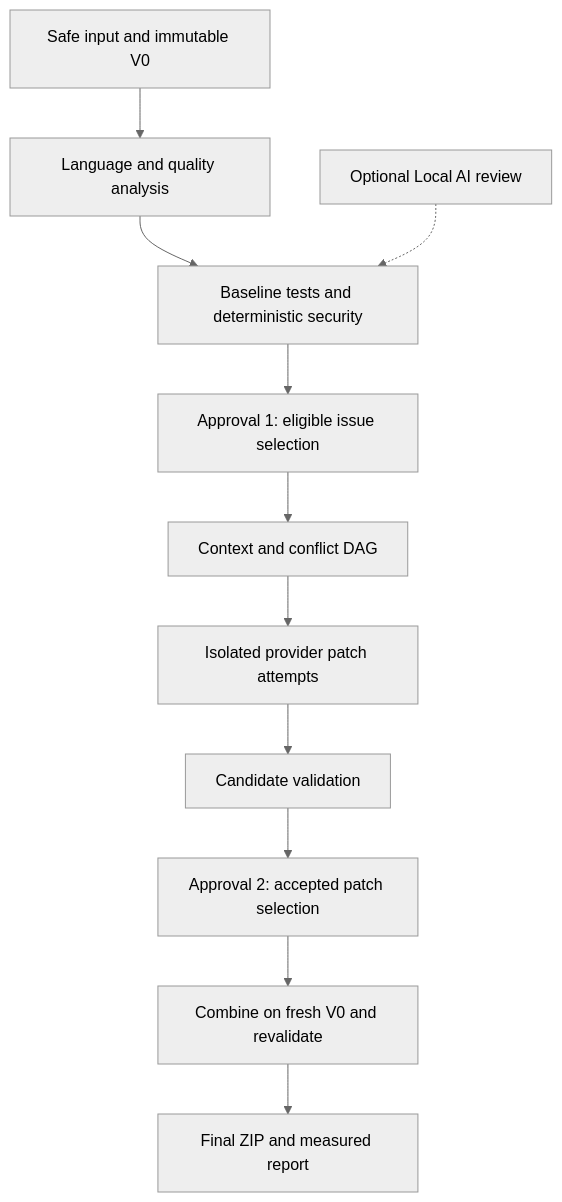
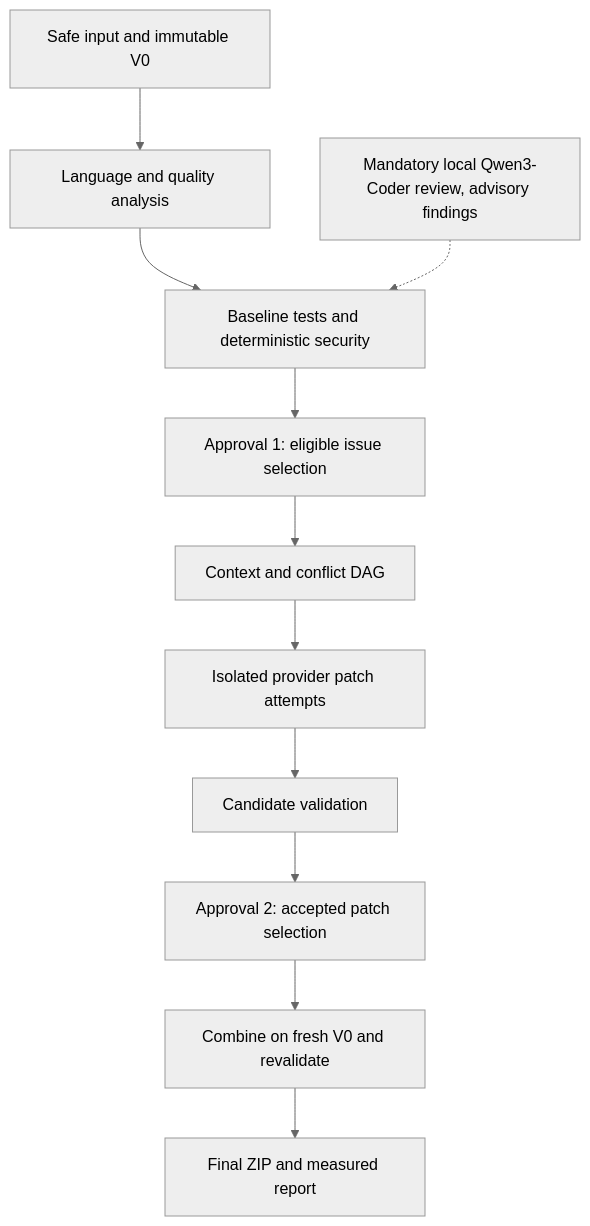
One commit to refactoring-ai-code/refactoring-ai-generated-code changed the diagram in docs/ARCHITECTURE.md. Above: the diagram before and after it, drawn with Mermaid (neutral theme). The commit also changed other lines of this file and 21 other files, not shown here.

````diff
--- a/docs/ARCHITECTURE.md
+++ b/docs/ARCHITECTURE.md
@@ -17,13 +17,13 @@
 ```mermaid
 flowchart TD
   A[Safe input and immutable V0] --> B[Language and quality analysis]
   B --> C[Baseline tests and deterministic security]
   C --> D[Approval 1: eligible issue selection]
   D --> E[Context and conflict DAG]
   E --> F[Isolated provider patch attempts]
   F --> G[Candidate validation]
   G --> H[Approval 2: accepted patch selection]
   H --> I[Combine on fresh V0 and revalidate]
   I --> J[Final ZIP and measured report]
-  K[Optional Local AI review] -.-> C
+  K[Mandatory local Qwen3-Coder review, advisory findings] -.-> C
 ```
````
